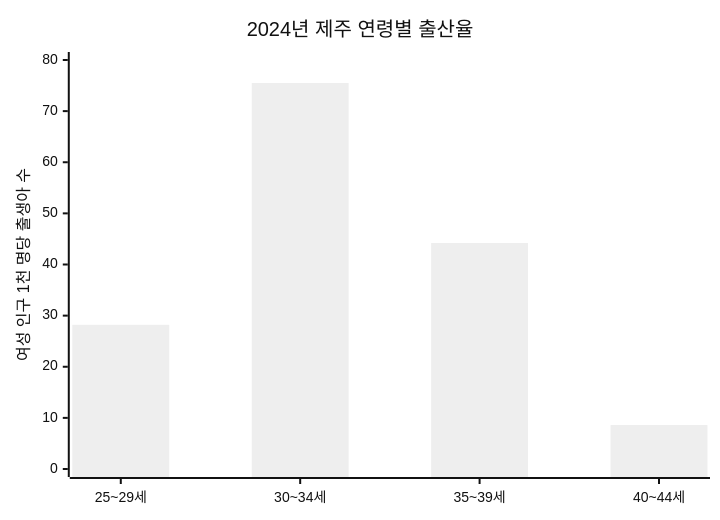
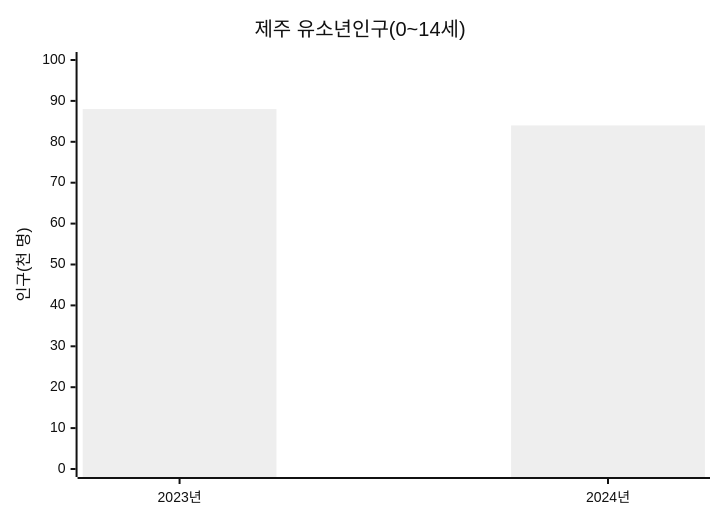
One commit to yangdk02/jeju-irang changed the first of 4 diagrams in docs/planning_background.md. Above: the diagram before and after it, drawn with Mermaid (neutral theme). The commit also changed other lines of this file, not shown here.

````diff
--- a/docs/planning_background.md
+++ b/docs/planning_background.md
@@ -33,7 +33,7 @@
 ```mermaid
 xychart-beta
-    title "2024년 제주 연령별 출산율"
-    x-axis ["25~29세", "30~34세", "35~39세", "40~44세"]
-    y-axis "여성 인구 1천 명당 출생아 수" 0 --> 80
-    bar [28.2, 75.5, 44.2, 8.6]
+    title "제주 유소년인구(0~14세)"
+    x-axis ["2023년", "2024년"]
+    y-axis "인구(천 명)" 0 --> 100
+    bar [88, 84]
 ```
````
